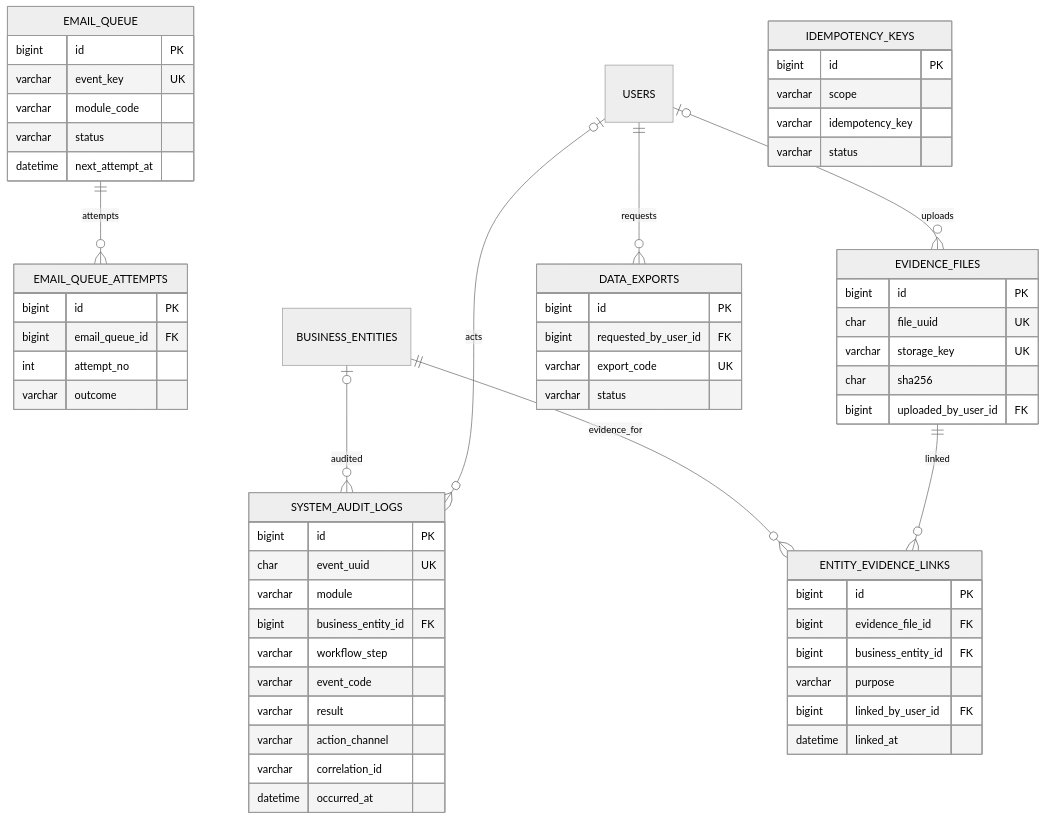
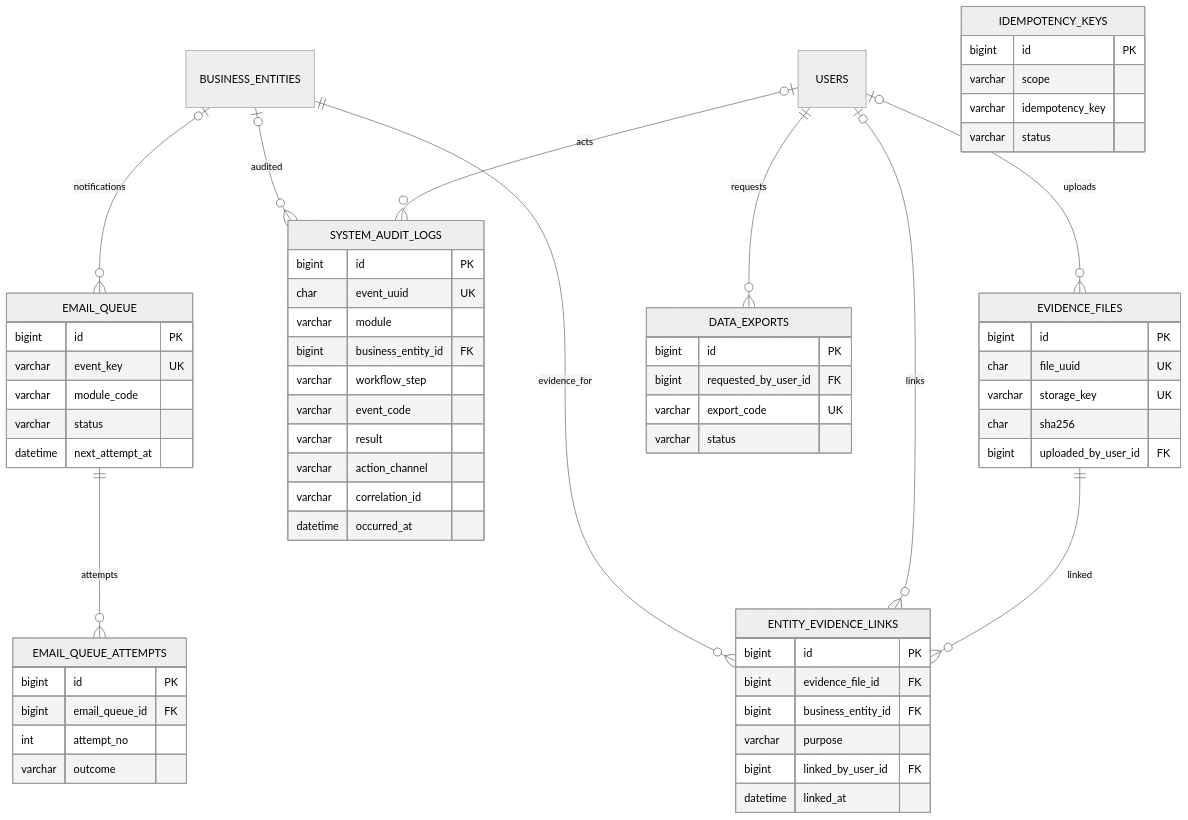
One commit to daoaigiangnam/kpi_dashboard changed the eighth of 8 diagrams in uoa-server-room/docs/ERD_PHYSICAL.md. Above: the diagram before and after it, drawn with Mermaid (neutral theme). The commit also changed other lines of this file, not shown here.

Commit message:
docs(uoa): clarify nullable PL3 queue FK and common actor links

````diff
--- a/uoa-server-room/docs/ERD_PHYSICAL.md
+++ b/uoa-server-room/docs/ERD_PHYSICAL.md
@@ -606,63 +606,65 @@
 ```mermaid
 erDiagram
     EMAIL_QUEUE ||--o{ EMAIL_QUEUE_ATTEMPTS : attempts
     BUSINESS_ENTITIES o|--o{ SYSTEM_AUDIT_LOGS : audited
+    BUSINESS_ENTITIES o|--o{ EMAIL_QUEUE : notifications
     BUSINESS_ENTITIES ||--o{ ENTITY_EVIDENCE_LINKS : evidence_for
     USERS o|--o{ SYSTEM_AUDIT_LOGS : acts
     USERS o|--o{ EVIDENCE_FILES : uploads
+    USERS o|--o{ ENTITY_EVIDENCE_LINKS : links
     EVIDENCE_FILES ||--o{ ENTITY_EVIDENCE_LINKS : linked
     USERS ||--o{ DATA_EXPORTS : requests
 
     EMAIL_QUEUE {
       bigint id PK
       varchar event_key UK
       varchar module_code
       varchar status
       datetime next_attempt_at
     }
     EMAIL_QUEUE_ATTEMPTS {
       bigint id PK
       bigint email_queue_id FK
       int attempt_no
       varchar outcome
     }
     SYSTEM_AUDIT_LOGS {
       bigint id PK
       char event_uuid UK
       varchar module
       bigint business_entity_id FK
       varchar workflow_step
       varchar event_code
       varchar result
       varchar action_channel
       varchar correlation_id
       datetime occurred_at
     }
     EVIDENCE_FILES {
       bigint id PK
       char file_uuid UK
       varchar storage_key UK
       char sha256
       bigint uploaded_by_user_id FK
     }
     ENTITY_EVIDENCE_LINKS {
       bigint id PK
       bigint evidence_file_id FK
       bigint business_entity_id FK
       varchar purpose
       bigint linked_by_user_id FK
       datetime linked_at
     }
     IDEMPOTENCY_KEYS {
       bigint id PK
       varchar scope
       varchar idempotency_key
       varchar status
     }
     DATA_EXPORTS {
       bigint id PK
       bigint requested_by_user_id FK
       varchar export_code UK
       varchar status
     }
 ```
````
